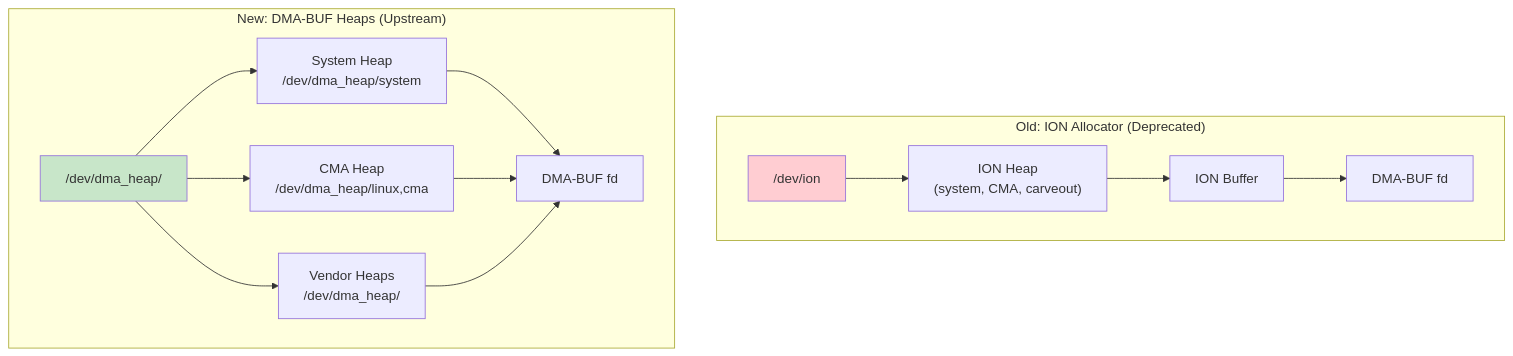
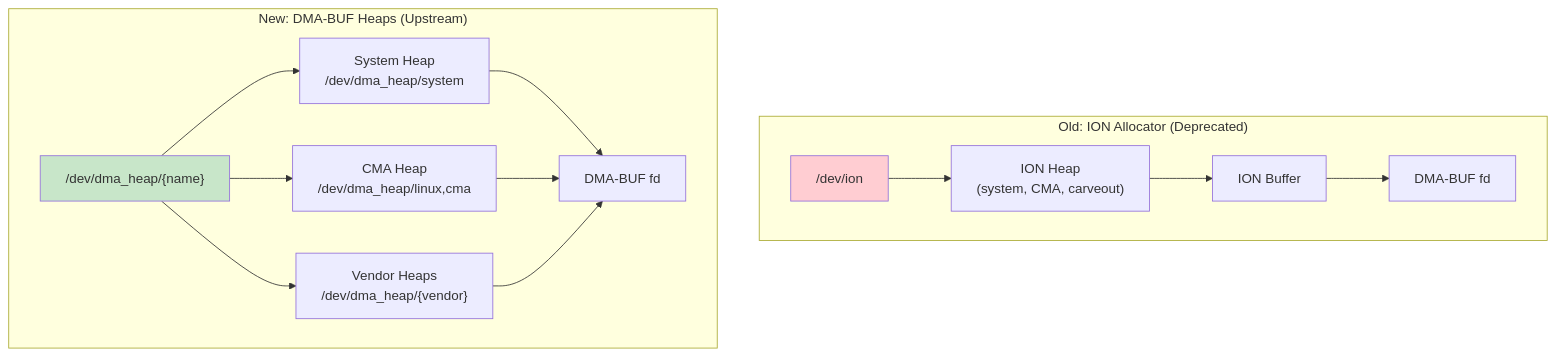
One commit to fwrite0920/aosp-internal-book changed the seventh of 23 diagrams in 05-kernel.md. Above: the diagram before and after it, drawn with Mermaid. The commit also changed 4 other files, not shown here.

First line of the commit message:
Fix Mermaid diagrams and formatting in Parts I-II (chapters 1-5)

````diff
--- a/05-kernel.md
+++ b/05-kernel.md
@@ -645,31 +645,31 @@
 ```mermaid
 graph TB
     subgraph "Old: ION Allocator (Deprecated)"
         ION_DEV["/dev/ion"]
         ION_HEAP["ION Heap<br/>(system, CMA, carveout)"]
         ION_BUF["ION Buffer"]
         ION_FD["DMA-BUF fd"]
 
         ION_DEV --> ION_HEAP
         ION_HEAP --> ION_BUF
         ION_BUF --> ION_FD
     end
 
     subgraph "New: DMA-BUF Heaps (Upstream)"
-        HEAP_DEV["/dev/dma_heap/<name>"]
+        HEAP_DEV["/dev/dma_heap/{name}"]
         SYS_HEAP["System Heap<br/>/dev/dma_heap/system"]
         CMA_HEAP["CMA Heap<br/>/dev/dma_heap/linux,cma"]
-        VENDOR_HEAP["Vendor Heaps<br/>/dev/dma_heap/<vendor>"]
+        VENDOR_HEAP["Vendor Heaps<br/>/dev/dma_heap/{vendor}"]
         DMABUF_FD["DMA-BUF fd"]
 
         HEAP_DEV --> SYS_HEAP
         HEAP_DEV --> CMA_HEAP
         HEAP_DEV --> VENDOR_HEAP
         SYS_HEAP --> DMABUF_FD
         CMA_HEAP --> DMABUF_FD
         VENDOR_HEAP --> DMABUF_FD
     end
 
     style ION_DEV fill:#ffcdd2
     style HEAP_DEV fill:#c8e6c9
 ```
````
